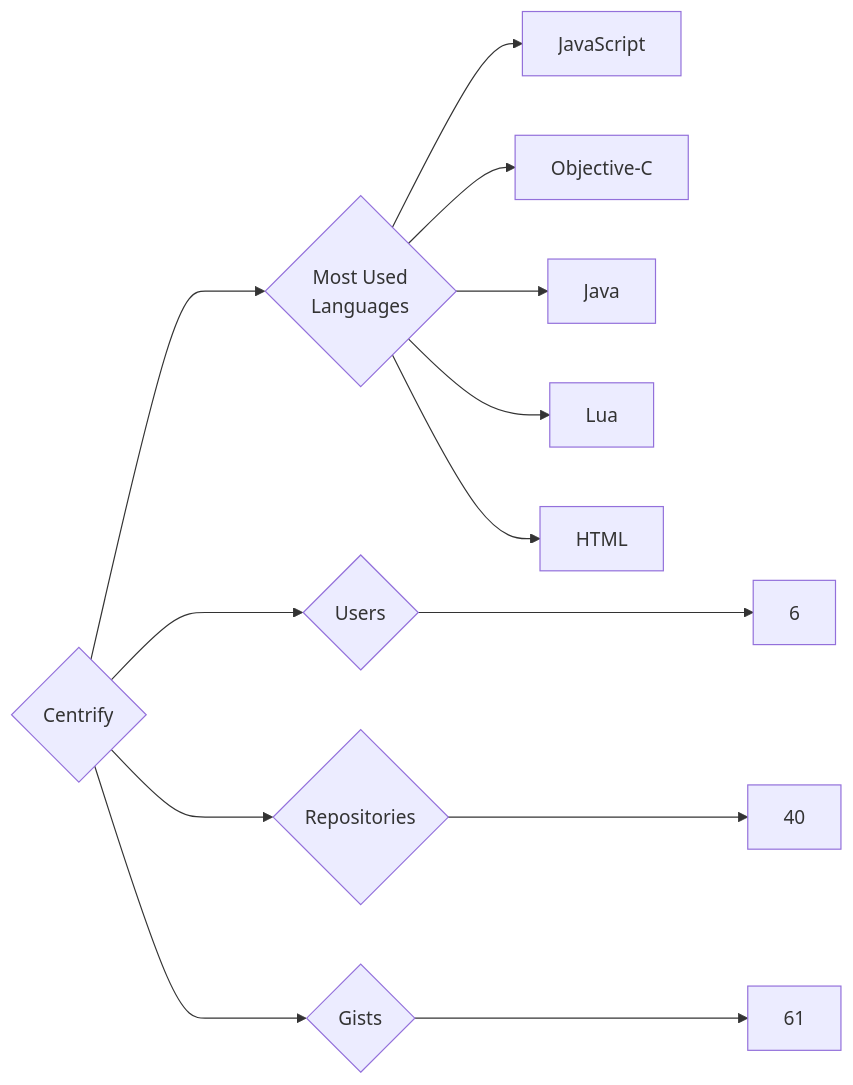
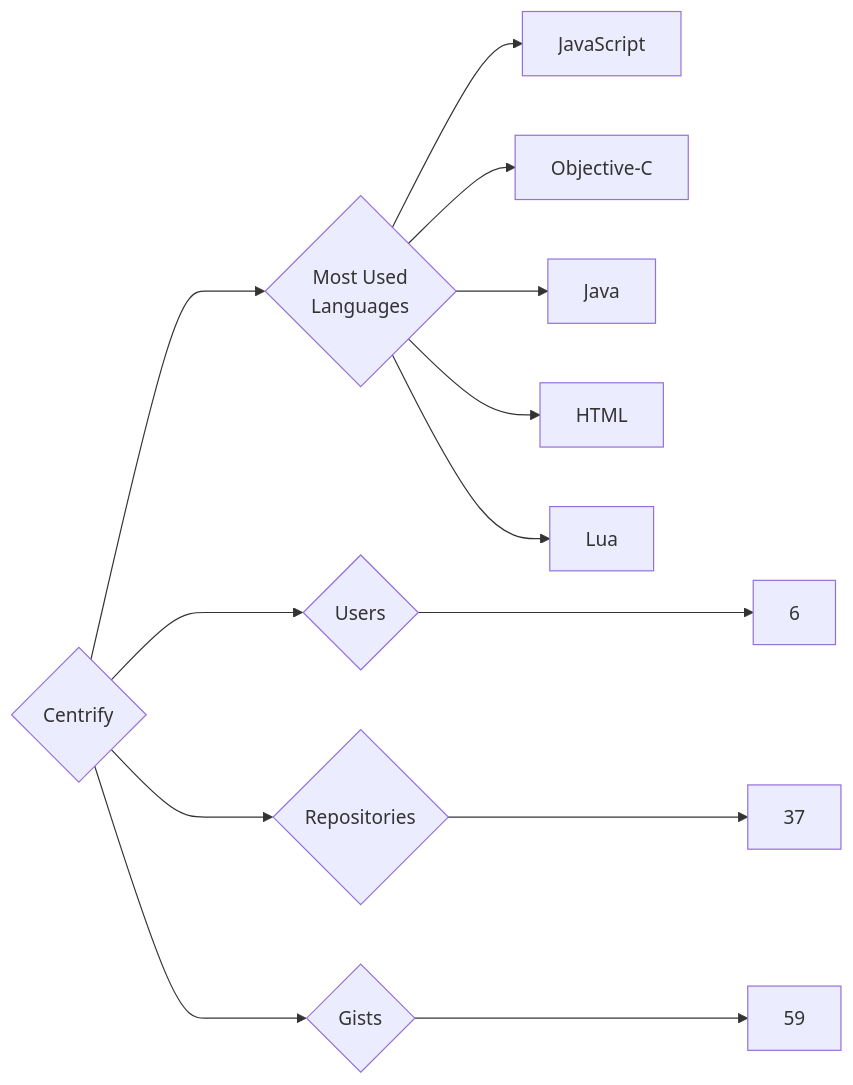
One commit to trickest/insiders changed the diagram in targets/Centrify/README.md. Above: the diagram before and after it, drawn with Mermaid. The commit also changed 840 other files, not shown here.

````diff
--- a/targets/Centrify/README.md
+++ b/targets/Centrify/README.md
@@ -3,13 +3,13 @@
 ```mermaid
 graph LR
 COMPANY_NAME{Centrify}
 COMPANY_NAME ---> U{Users} ---> UN[6]
-COMPANY_NAME ---> R{Repositories} ---> RN[40]
-COMPANY_NAME ---> G{Gists} ---> GN[61]
+COMPANY_NAME ---> R{Repositories} ---> RN[37]
+COMPANY_NAME ---> G{Gists} ---> GN[59]
 COMPANY_NAME ---> ML{Most Used<br>Languages}
 ML --> JavaScript[JavaScript]
 ML --> Objective-C[Objective-C]
 ML --> Java[Java]
+ML --> HTML[HTML]
 ML --> Lua[Lua]
-ML --> HTML[HTML]
 ```
````
